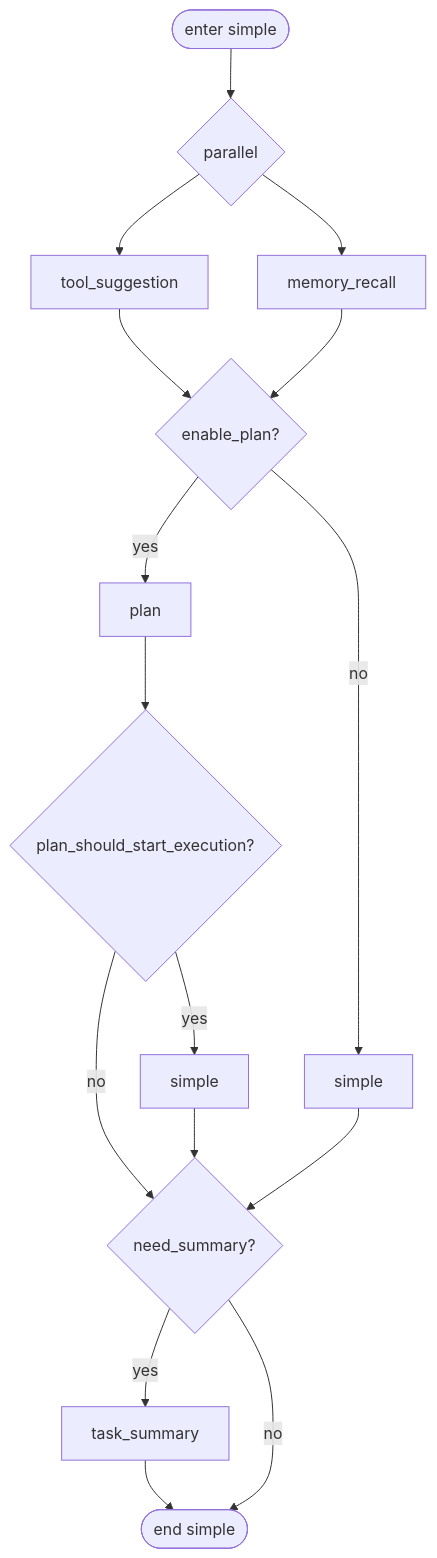
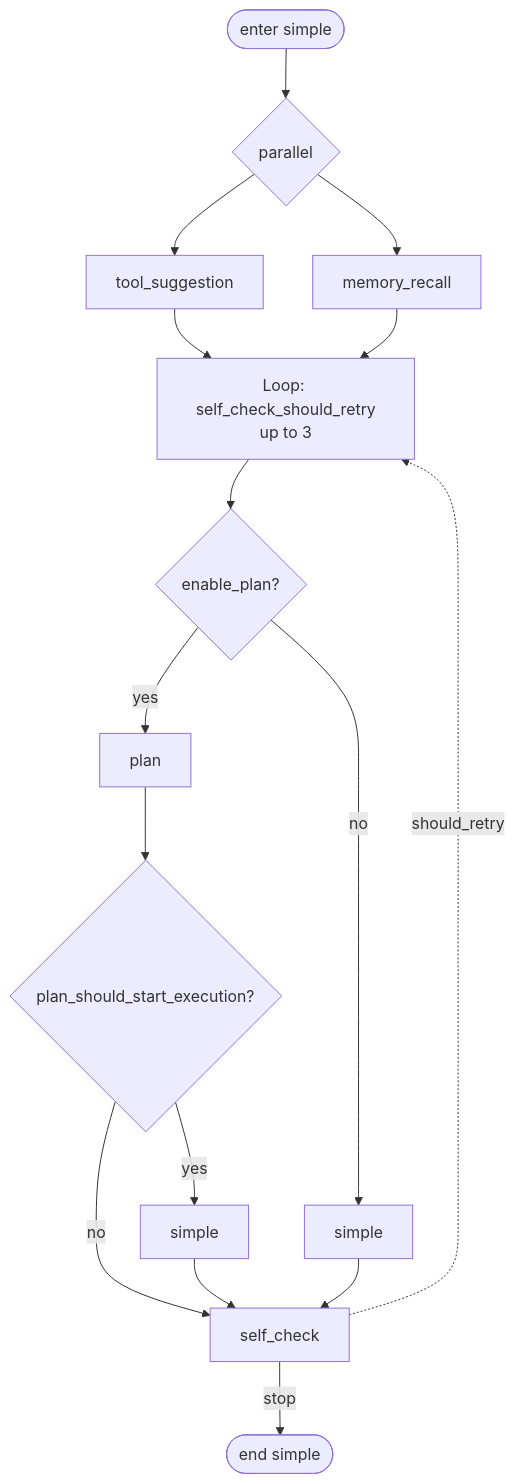
Before and after one commit to ZHangZHengEric/Sage: the eighth of 9 diagrams in docs/en/architecture/ARCHITECTURE_SAGENTS_AGENT_FLOW.md, drawn with Mermaid. The commit also changed other lines of this file and 141 other files, not shown here.

````diff
--- a/docs/en/architecture/ARCHITECTURE_SAGENTS_AGENT_FLOW.md
+++ b/docs/en/architecture/ARCHITECTURE_SAGENTS_AGENT_FLOW.md
@@ -186,19 +172,20 @@
 ```mermaid
 flowchart TB
     S0([enter simple]) --> Par1{parallel}
     Par1 --> ToolSug1[tool_suggestion]
     Par1 --> Recall1[memory_recall]
-    ToolSug1 --> If1
-    Recall1 --> If1
+    ToolSug1 --> Loop1
+    Recall1 --> Loop1
+    Loop1[Loop: self_check_should_retry<br/>up to 3] --> If1
     If1{enable_plan?}
     If1 -->|yes| Plan1[plan]
     Plan1 --> If2{plan_should_start_execution?}
     If2 -->|yes| SimpleAgent1[simple]
-    If2 -->|no| Need
+    If2 -->|no| SC1
     If1 -->|no| SimpleAgent2[simple]
-    SimpleAgent1 --> Need
-    SimpleAgent2 --> Need
-    Need{need_summary?}
-    Need -->|yes| Sum[task_summary] --> EndS
-    Need -->|no| EndS([end simple])
+    SimpleAgent1 --> SC1
+    SimpleAgent2 --> SC1
+    SC1[self_check]
+    SC1 -.should_retry.-> Loop1
+    SC1 -->|stop| EndS([end simple])
 ```
````
